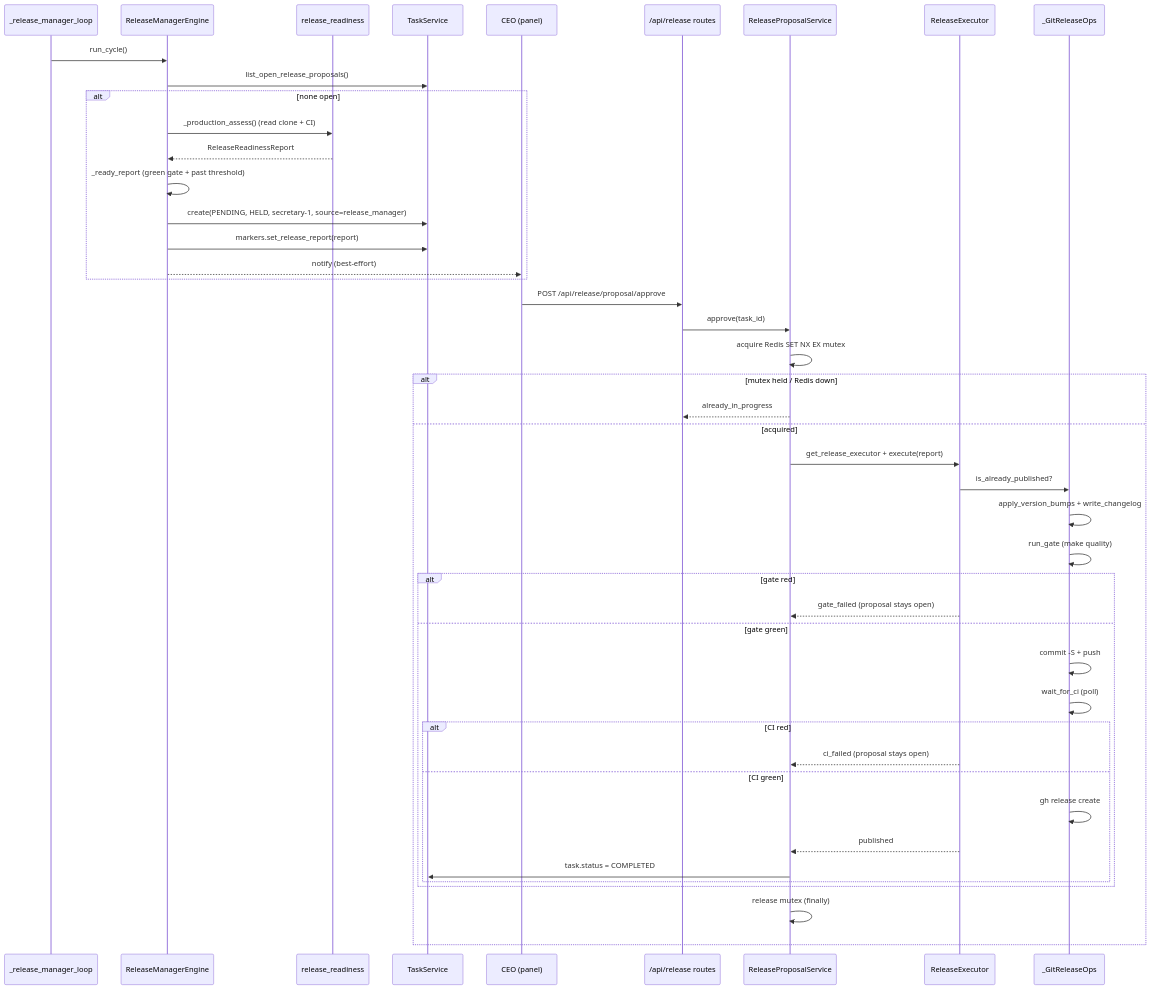
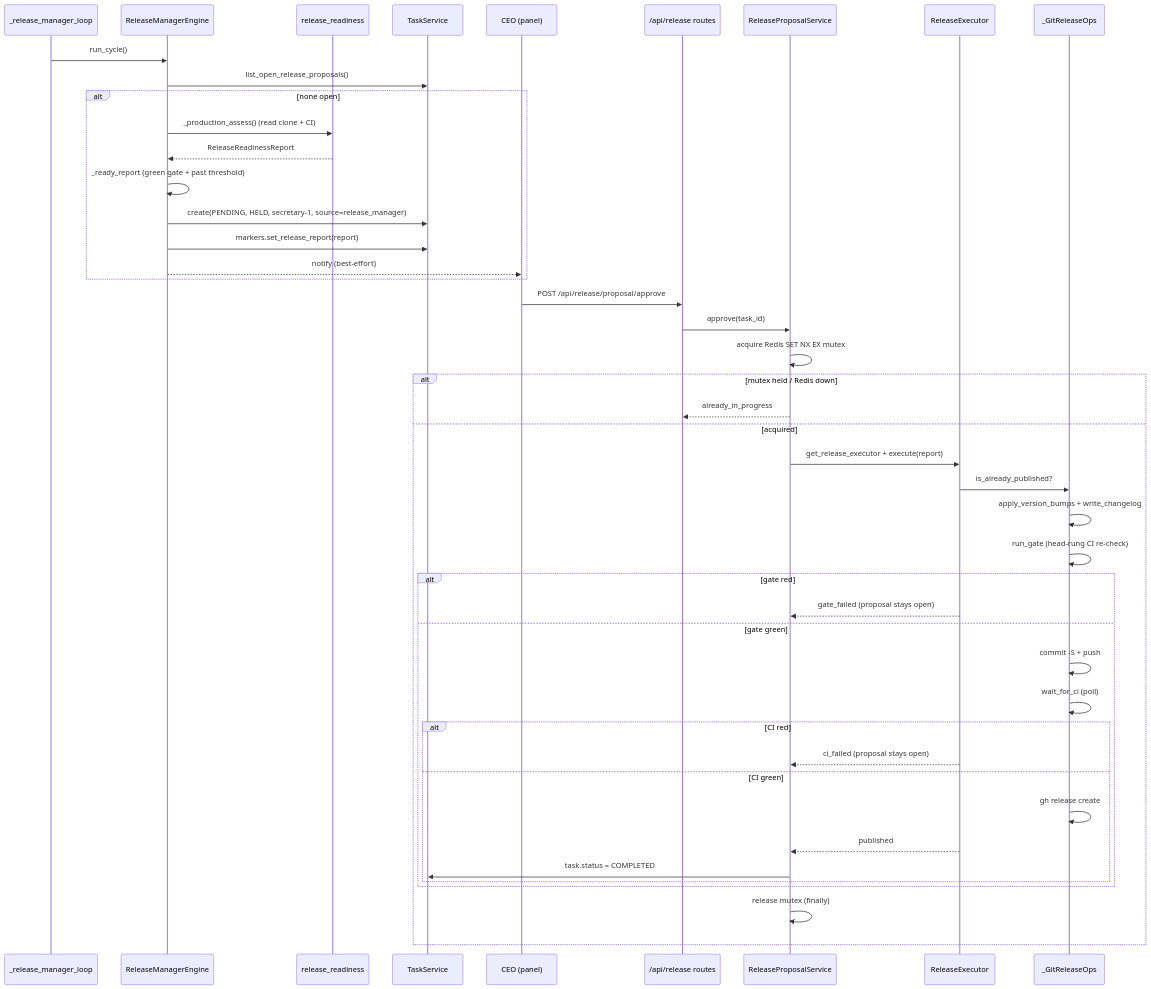
Before and after one commit to rennf93/roboco: the diagram in docs/map/release-manager.md, drawn with Mermaid. The commit also changed other lines of this file and 103 other files, not shown here.

````diff
--- a/docs/map/release-manager.md
+++ b/docs/map/release-manager.md
@@ -108,49 +108,49 @@
 ```mermaid
 sequenceDiagram
     participant MLoop as _release_manager_loop
     participant Eng as ReleaseManagerEngine
     participant Ready as release_readiness
     participant TS as TaskService
     participant CEO as CEO (panel)
     participant Route as /api/release routes
     participant Prop as ReleaseProposalService
     participant Exec as ReleaseExecutor
     participant Ops as _GitReleaseOps
 
     MLoop->>Eng: run_cycle()
     Eng->>TS: list_open_release_proposals()
     alt none open
       Eng->>Ready: _production_assess() (read clone + CI)
       Ready-->>Eng: ReleaseReadinessReport
       Eng->>Eng: _ready_report (green gate + past threshold)
       Eng->>TS: create(PENDING, HELD, secretary-1, source=release_manager)
       Eng->>TS: markers.set_release_report(report)
       Eng-->>CEO: notify (best-effort)
     end
 
     CEO->>Route: POST /api/release/proposal/approve
     Route->>Prop: approve(task_id)
     Prop->>Prop: acquire Redis SET NX EX mutex
     alt mutex held / Redis down
       Prop-->>Route: already_in_progress
     else acquired
       Prop->>Exec: get_release_executor + execute(report)
       Exec->>Ops: is_already_published?
       Ops->>Ops: apply_version_bumps + write_changelog
-      Ops->>Ops: run_gate (make quality)
+      Ops->>Ops: run_gate (head-rung CI re-check)
       alt gate red
         Exec-->>Prop: gate_failed (proposal stays open)
       else gate green
         Ops->>Ops: commit -S + push
         Ops->>Ops: wait_for_ci (poll)
         alt CI red
           Exec-->>Prop: ci_failed (proposal stays open)
         else CI green
           Ops->>Ops: gh release create
           Exec-->>Prop: published
           Prop->>TS: task.status = COMPLETED
         end
       end
       Prop->>Prop: release mutex (finally)
     end
 ```
````
